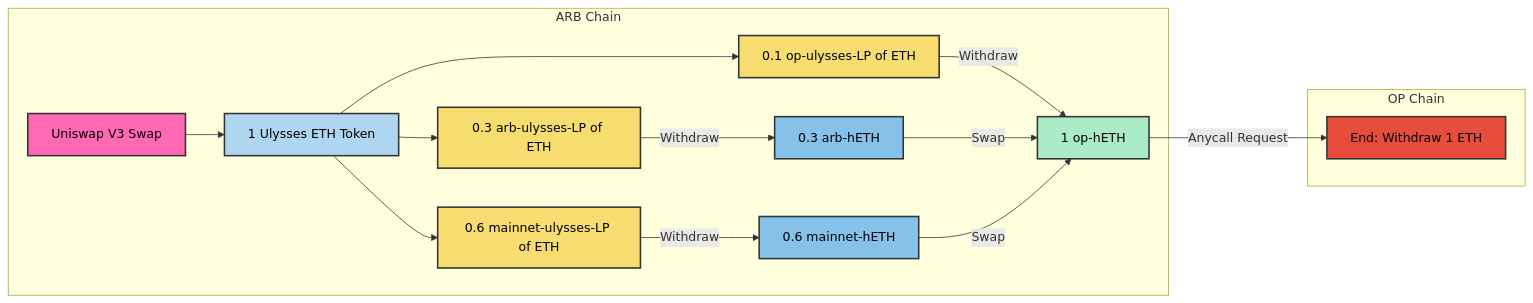
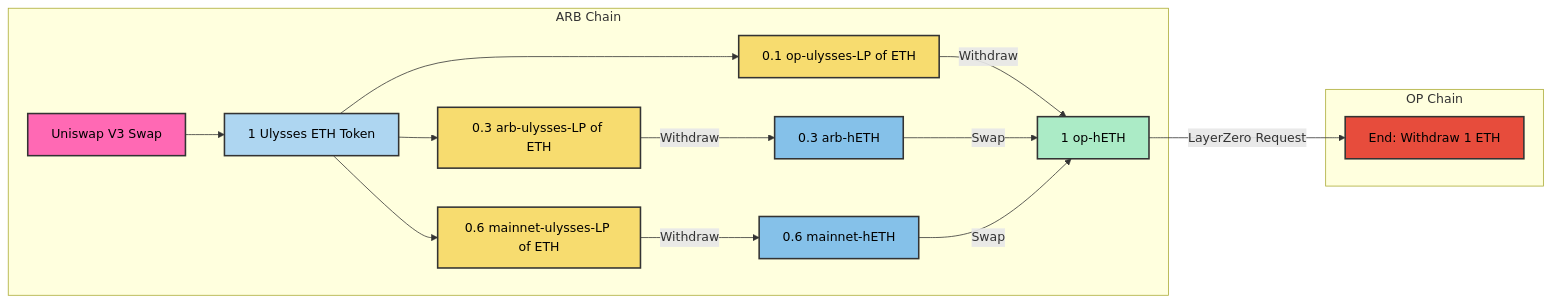
Before and after one commit to Maia-DAO/ecosystem-docs: the third of 3 diagrams in versioned_docs/version-Ulysses/overview/unified-liquidity/02-ulysses-unified-tokens.md, drawn with Mermaid. The commit also changed other lines of this file, not shown here.

Commit message:
Update_(anycall changed into layer0 02-ulysses-unified-tokens.md

````diff
--- a/versioned_docs/version-Ulysses/overview/unified-liquidity/02-ulysses-unified-tokens.md
+++ b/versioned_docs/version-Ulysses/overview/unified-liquidity/02-ulysses-unified-tokens.md
@@ -169,29 +169,29 @@
 ```mermaid
 graph LR
     style Q2 fill:#85C1E9,stroke:#333,stroke-width:2px,color:#000;
     style Q3 fill:#85C1E9,stroke:#333,stroke-width:2px,color:#000;
     style R1 fill:#F7DC6F,stroke:#333,stroke-width:2px,color:#000;
     style R2 fill:#F7DC6F,stroke:#333,stroke-width:2px,color:#000;
     style R3 fill:#F7DC6F,stroke:#333,stroke-width:2px,color:#000;
     style L fill:#FF69B4,stroke:#333,stroke-width:2px,color:#000;
     style M fill:#AED6F1,stroke:#333,stroke-width:2px,color:#000;
     style S fill:#ABEBC6,stroke:#333,stroke-width:2px,color:#000;
     style V fill:#E74C3C,stroke:#333,stroke-width:2px,color:#000;
 
     subgraph ARB Chain
         L[Uniswap V3 Swap]
         L --> M[1 Ulysses ETH Token]
         M --> R1[0.1 op-ulysses-LP of ETH]
         M --> R2[0.3 arb-ulysses-LP of ETH]
         M --> R3[0.6 mainnet-ulysses-LP of ETH]
         R2 -->|Withdraw| Q2[0.3 arb-hETH]
         R3 -->|Withdraw| Q3[0.6 mainnet-hETH]
         R1 --> |Withdraw| S[1 op-hETH]
         Q2 -->|Swap| S
         Q3 -->|Swap| S
     end
 
     subgraph OP Chain
-        S -->|Anycall Request| V[End: Withdraw 1 ETH]
+        S -->|LayerZero Request| V[End: Withdraw 1 ETH]
     end
 ```
````
